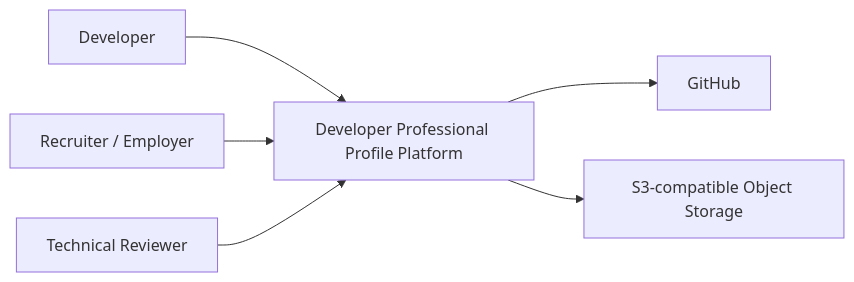
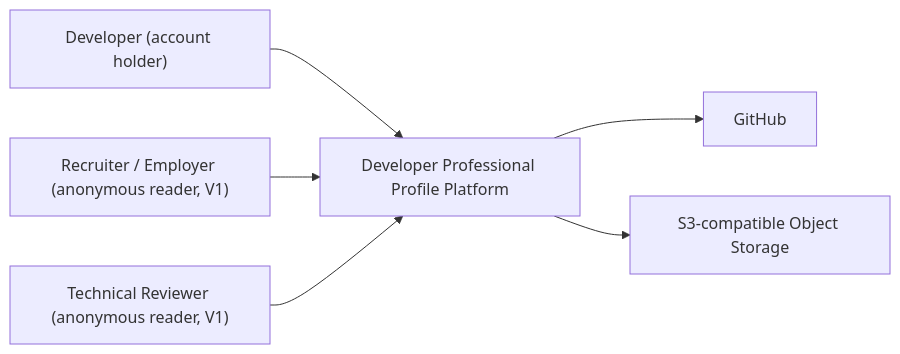
One commit to DizelPizell/developer-profile-platform changed the first of 2 diagrams in docs/architecture/ARCHITECTURE.md. Above: the diagram before and after it, drawn with Mermaid. The commit also changed other lines of this file and 3 other files, not shown here.

First line of the commit message:
docs(architecture): add category status entity and clarify recruiter role

````diff
--- a/docs/architecture/ARCHITECTURE.md
+++ b/docs/architecture/ARCHITECTURE.md
@@ -9,18 +9,18 @@
 ```mermaid
 flowchart LR
-    Developer["Developer"]
-    Recruiter["Recruiter / Employer"]
-    Reviewer["Technical Reviewer"]
+    Developer["Developer (account holder)"]
+    Recruiter["Recruiter / Employer (anonymous reader, V1)"]
+    Reviewer["Technical Reviewer (anonymous reader, V1)"]
 
     Platform["Developer Professional Profile Platform"]
 
     GitHub["GitHub"]
     Storage["S3-compatible Object Storage"]
 
     Developer --> Platform
     Recruiter --> Platform
     Reviewer --> Platform
 
     Platform --> GitHub
     Platform --> Storage
 ```
````
